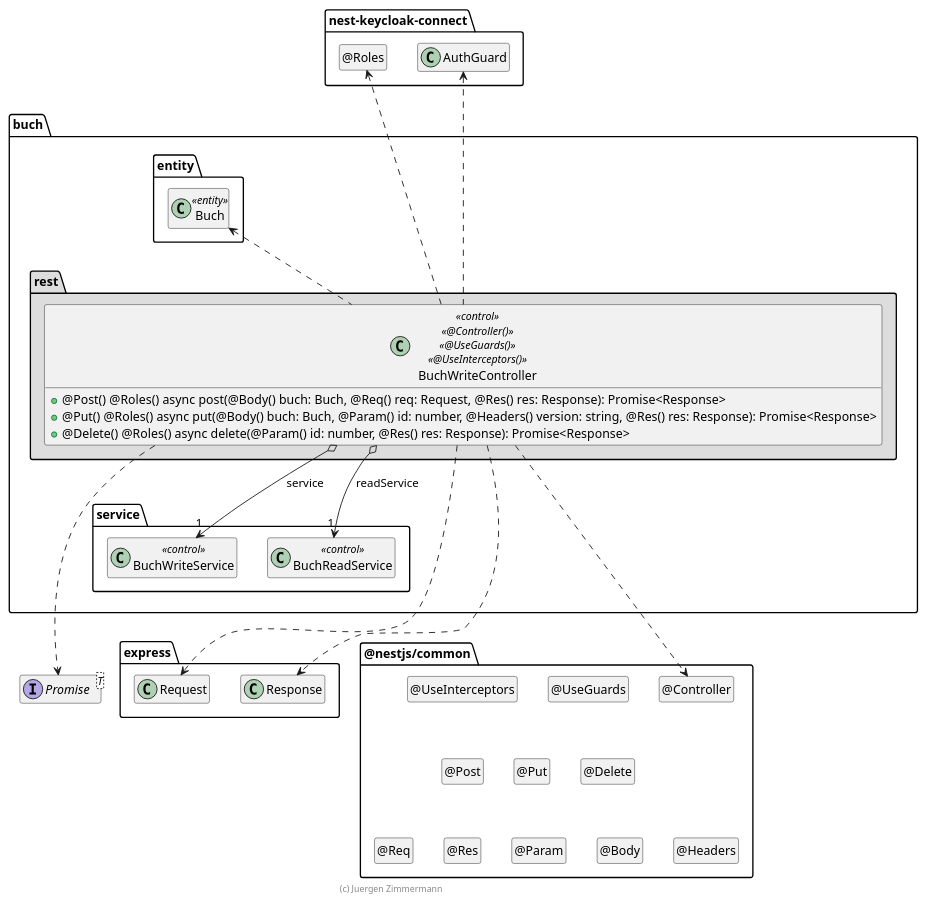
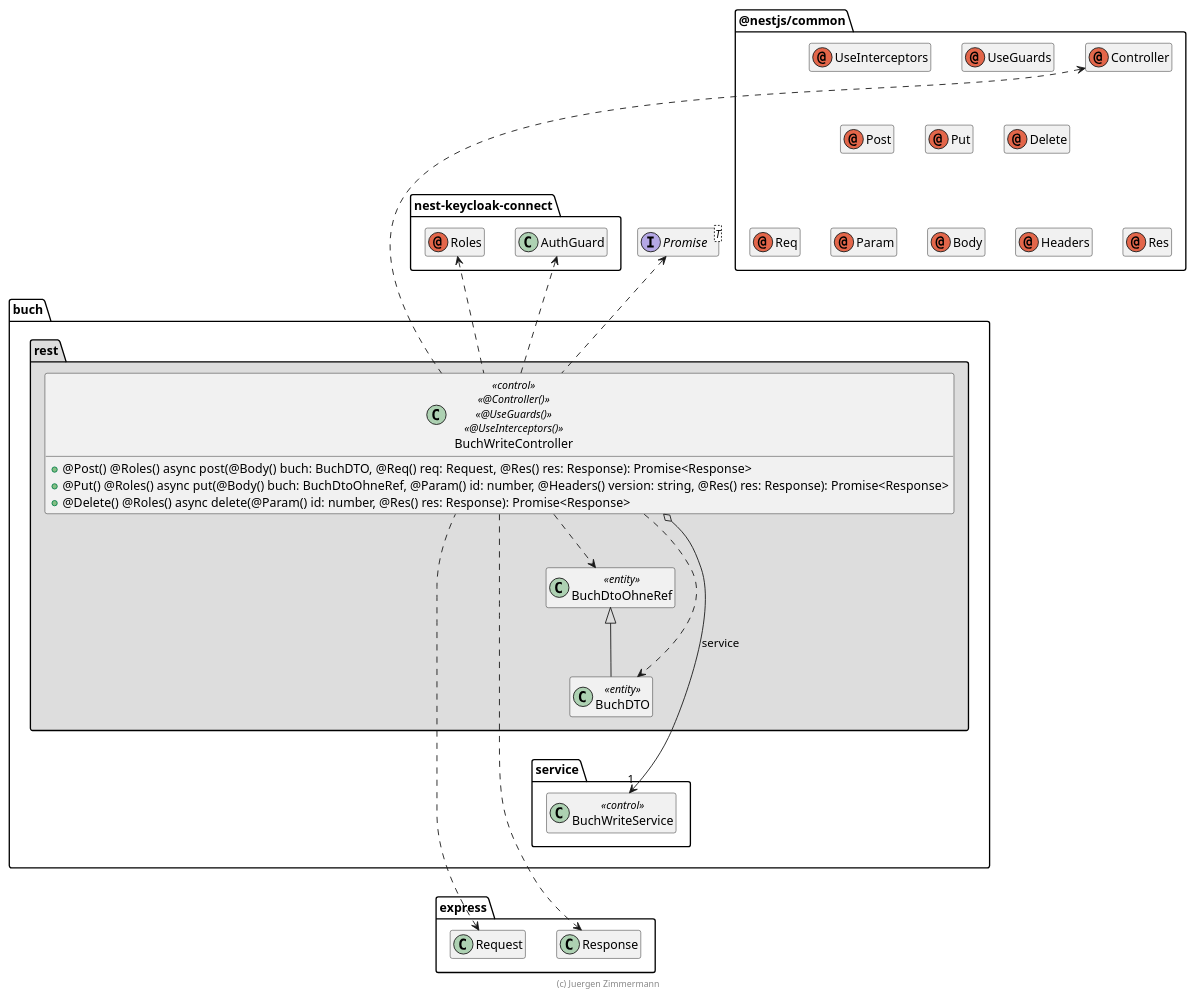
The diagram in .extras/doc/projekthandbuch/BuchWriteController.plantuml (juergenzimmermann/buch), drawn with PlantUML before and after one commit. The commit also changed 18 other files, not shown here.

Commit message:
PlantUML mit Prisma; Prettier

```diff
--- a/.extras/doc/projekthandbuch/BuchWriteController.plantuml
+++ b/.extras/doc/projekthandbuch/BuchWriteController.plantuml
@@ -18,107 +18,87 @@
 @startuml Controller-Klasse
 
 interface Promise<T>
 
 package @nestjs/common {
-  class "@Controller" as Controller
-  hide Controller circle
-
-  class "@UseGuards" as UseGuards
-  hide UseGuards circle
-
-  class "@UseInterceptors" as UseInterceptors
-  hide UseInterceptors circle
-
-  class "@Post" as Post
-  hide Post circle
-
-  class "@Put" as Put
-  hide Put circle
-
-  class "@Delete" as Delete
-  hide Delete circle
-
-  class "@Req" as Req
-  hide Req circle
-
-  class "@Res" as Res
-  hide Res circle
-
-  class "@Param" as Param
-  hide Param circle
-
-  class "@Body" as Body
-  hide Body circle
-
-  class "@Headers" as Headers
-  hide Headers circle
+  annotation Controller
+  annotation UseGuards
+  annotation UseInterceptors
+  annotation Post
+  annotation Put
+  annotation Delete
+  annotation Req
+  annotation Res
+  annotation Param
+  annotation Body
+  annotation Headers
 
   UseInterceptors .[hidden].> Post
   UseInterceptors .[hidden].> Put
   UseInterceptors .[hidden].> Delete
 
   Post .[hidden].> Req
   Post .[hidden].> Res
   Post .[hidden].> Param
   Post .[hidden].> Body
   Post .[hidden].> Headers
 }
 
 package nest-keycloak-connect {
   class AuthGuard
-
-  class "@Roles" as Roles
-  hide Roles circle
+  annotation Roles
 }
 
 package express {
   class Request
   class Response
 
   Response .right[hidden].> Controller
 }
 
 package buch {
-  package entity #FFFFFF {
-    class Buch <<entity>>
-
-    Buch .[hidden].> Promise
-    Buch .[hidden].> Request
-  }
-
   package service {
     class BuchWriteService << control >>
-    class BuchReadService << control >>
   }
 
   package rest #DDDDDD {
+    class BuchDtoOhneRef << entity >>
+    class BuchDTO << entity >>
+    BuchDtoOhneRef <|-- BuchDTO
+
     class BuchWriteController << control >> << @Controller() >> << @UseGuards() >> << @UseInterceptors() >> {
-      + @Post() @Roles() async post(@Body() buch: Buch, @Req() req: Request,  @Res() res: Response): Promise<Response>
-      + @Put() @Roles() async put(@Body() buch: Buch, @Param() id: number, @Headers() version: string, @Res() res: Response): Promise<Response>
+      + @Post() @Roles() async post(@Body() buch: BuchDTO, @Req() req: Request,  @Res() res: Response): Promise<Response>
+      + @Put() @Roles() async put(@Body() buch: BuchDtoOhneRef, @Param() id: number, @Headers() version: string, @Res() res: Response): Promise<Response>
       + @Delete() @Roles() async delete(@Param() id: number, @Res() res: Response): Promise<Response>
     }
 
     BuchWriteController o--> "1" BuchWriteService : service
-    BuchWriteController o--> "1" BuchReadService : readService
-    BuchWriteController ..up> Buch
 
-    BuchWriteController ..> Controller
+    BuchWriteController ..> BuchDTO
+    BuchWriteController ..> BuchDtoOhneRef
+
+    BuchWriteController .up.> Controller
 
     BuchWriteController .up.> AuthGuard
     BuchWriteController .up.> Roles
 
-    BuchWriteController ..> Request
+    BuchWriteController .up.> Request
     BuchWriteController ..> Response
-    BuchWriteController ..> Promise
 
-    Buch .up[hidden].> Roles
-    BuchWriteService .[hidden].> Request
-    BuchWriteService .[hidden].> Promise
+    BuchWriteController .up.> Promise
+
+    AuthGuard .[hidden]left.> Res
+    Roles .[hidden]left.> Res
+    BuchDTO .[hidden]down.> BuchWriteService
+    BuchWriteService .[hidden]down.> Request
+    BuchWriteService .[hidden]down.> Response
+    BuchWriteService .[hidden]down.> Promise
+    AuthGuard .[hidden]left.> Promise
+    BuchWriteService .[hidden]down.> Request
   }
 }
 
 hide empty members
 
 footer (c) Juergen Zimmermann
 
 @enduml
```
